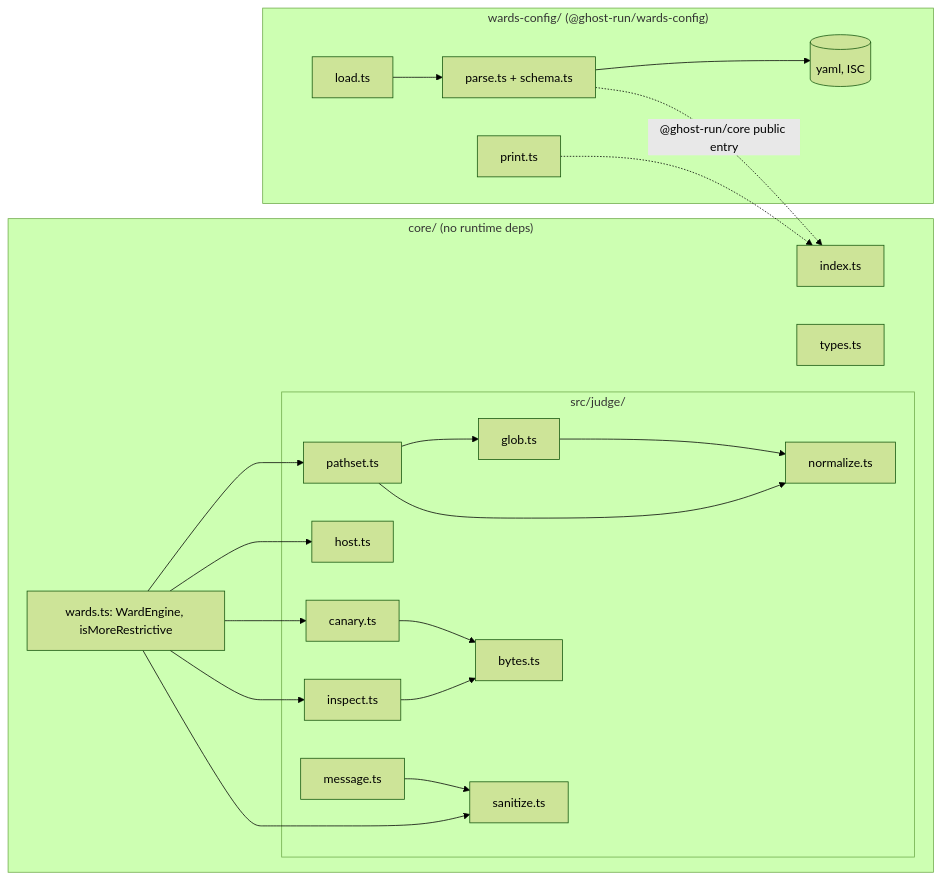
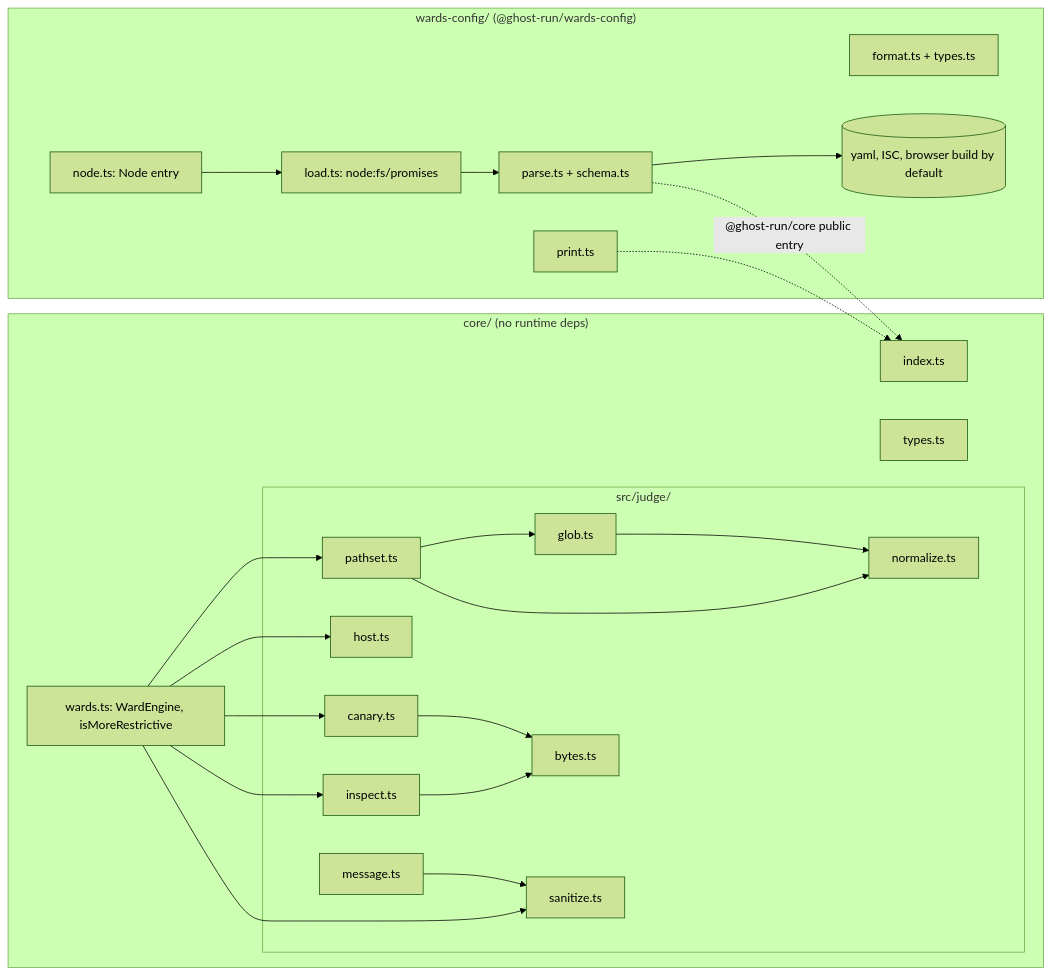
One commit to SungHyunC/ghost-run changed the first of 3 diagrams in .kiro/specs/wards/design.md. Above: the diagram before and after it, drawn with Mermaid (forest theme). The commit also changed other lines of this file and 27 other files, not shown here.

First line of the commit message:
wards-config: wards.yaml parser, printer, safe_commands, browser-safe entry (wards tasks 6-7)

````diff
--- a/.kiro/specs/wards/design.md
+++ b/.kiro/specs/wards/design.md
@@ -43,40 +43,43 @@
 ```mermaid
 flowchart LR
     subgraph core["core/ (no runtime deps)"]
         types[types.ts]
         subgraph judge["src/judge/"]
             bytes[bytes.ts]
             sanitize[sanitize.ts]
             normalize[normalize.ts]
             glob[glob.ts]
             pathset[pathset.ts]
             host[host.ts]
             canary[canary.ts]
             inspect[inspect.ts]
             message[message.ts]
         end
         wards[wards.ts: WardEngine, isMoreRestrictive]
         idx[index.ts]
     end
     subgraph wc["wards-config/ (@ghost-run/wards-config)"]
         parse[parse.ts + schema.ts]
         print[print.ts]
-        load[load.ts]
-        yamllib[(yaml, ISC)]
+        fmt[format.ts + types.ts]
+        nodeEntry[node.ts: Node entry]
+        load[load.ts: node:fs/promises]
+        yamllib[(yaml, ISC, browser build by default)]
     end
     glob --> normalize
     pathset --> glob
     pathset --> normalize
     wards --> pathset
     wards --> host
     wards --> canary
     wards --> inspect
     wards --> sanitize
     inspect --> bytes
     canary --> bytes
     message --> sanitize
     parse --> yamllib
     parse -.->|"@ghost-run/core public entry"| idx
     print -.-> idx
+    nodeEntry --> load
     load --> parse
 ```
````
